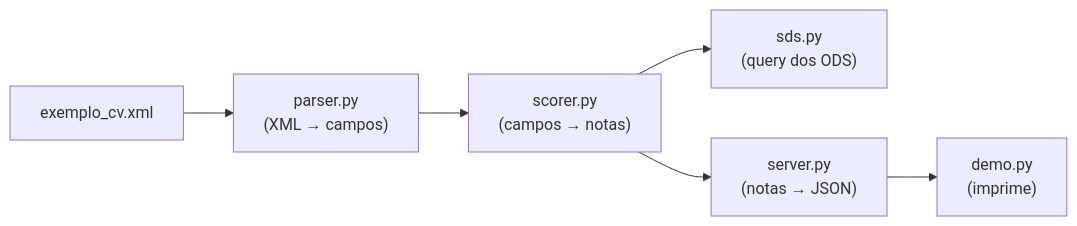
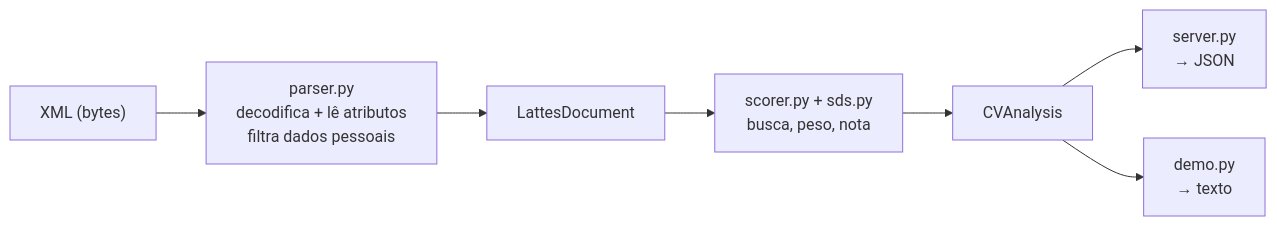
The second of 3 diagrams in docs/10-estrutura.md (frederico-mello/cv-ods-classifier), drawn with Mermaid before and after one commit. The commit also changed other lines of this file and 31 other files, not shown here.

````diff
--- a/docs/10-estrutura.md
+++ b/docs/10-estrutura.md
@@ -70,8 +111,9 @@
 ```mermaid
 flowchart LR
-    X["exemplo_cv.xml"] --> P["parser.py<br/>(XML → campos)"]
-    P --> Sc["scorer.py<br/>(campos → notas)"]
-    Sc --> S["sds.py<br/>(query dos ODS)"]
-    Sc --> Rv["server.py<br/>(notas → JSON)"]
-    Rv --> D["demo.py<br/>(imprime)"]
+    X["XML (bytes)"] --> P["parser.py<br/>decodifica + lê atributos<br/>filtra dados pessoais"]
+    P --> L["LattesDocument"]
+    L --> Sc["scorer.py + sds.py<br/>busca, peso, nota"]
+    Sc --> A["CVAnalysis"]
+    A --> Rv["server.py<br/>→ JSON"]
+    A --> D["demo.py<br/>→ texto"]
 ```
````
